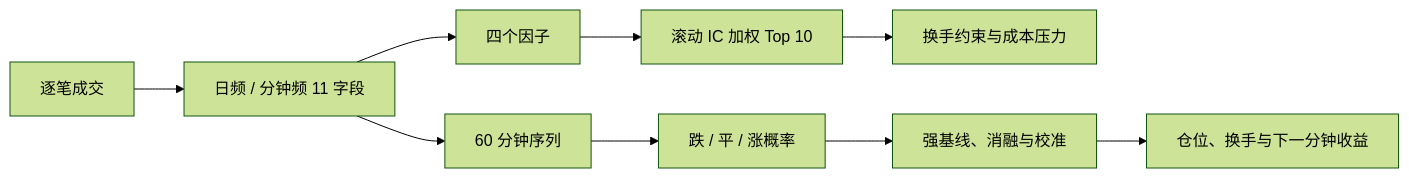
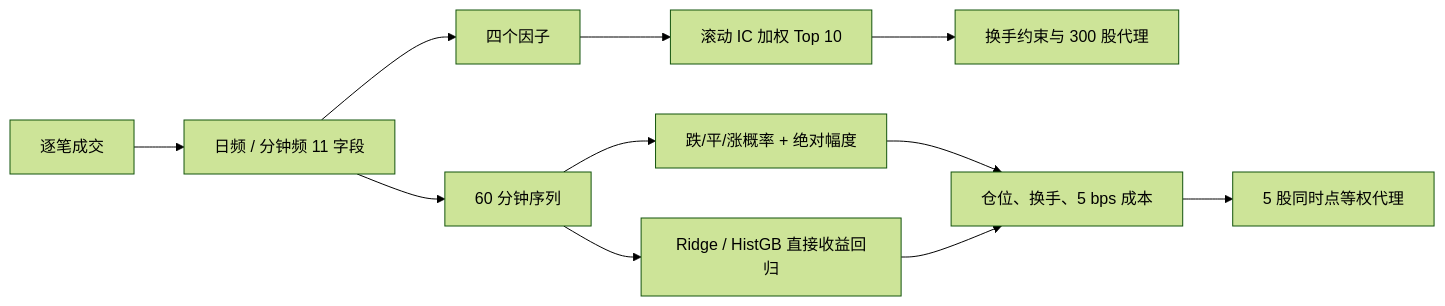
Before and after one commit to RyanNotRain/NJUSEquantification: the diagram in docs/TEAM_DEFENSE_GUIDE.md, drawn with Mermaid (forest theme). The commit also changed other lines of this file and 21 other files, not shown here.

````diff
--- a/docs/TEAM_DEFENSE_GUIDE.md
+++ b/docs/TEAM_DEFENSE_GUIDE.md
@@ -24,11 +24,13 @@
 ```mermaid
 flowchart LR
     A["逐笔成交"] --> B["日频 / 分钟频 11 字段"]
     B --> C["四个因子"]
     C --> D["滚动 IC 加权 Top 10"]
-    D --> E["换手约束与成本压力"]
+    D --> E["换手约束与 300 股代理"]
     B --> F["60 分钟序列"]
-    F --> G["跌 / 平 / 涨概率"]
-    G --> H["强基线、消融与校准"]
-    H --> I["仓位、换手与下一分钟收益"]
+    F --> G["跌/平/涨概率 + 绝对幅度"]
+    F --> H["Ridge / HistGB 直接收益回归"]
+    G --> I["仓位、换手、5 bps 成本"]
+    H --> I
+    I --> J["5 股同时点等权代理"]
 ```
````
